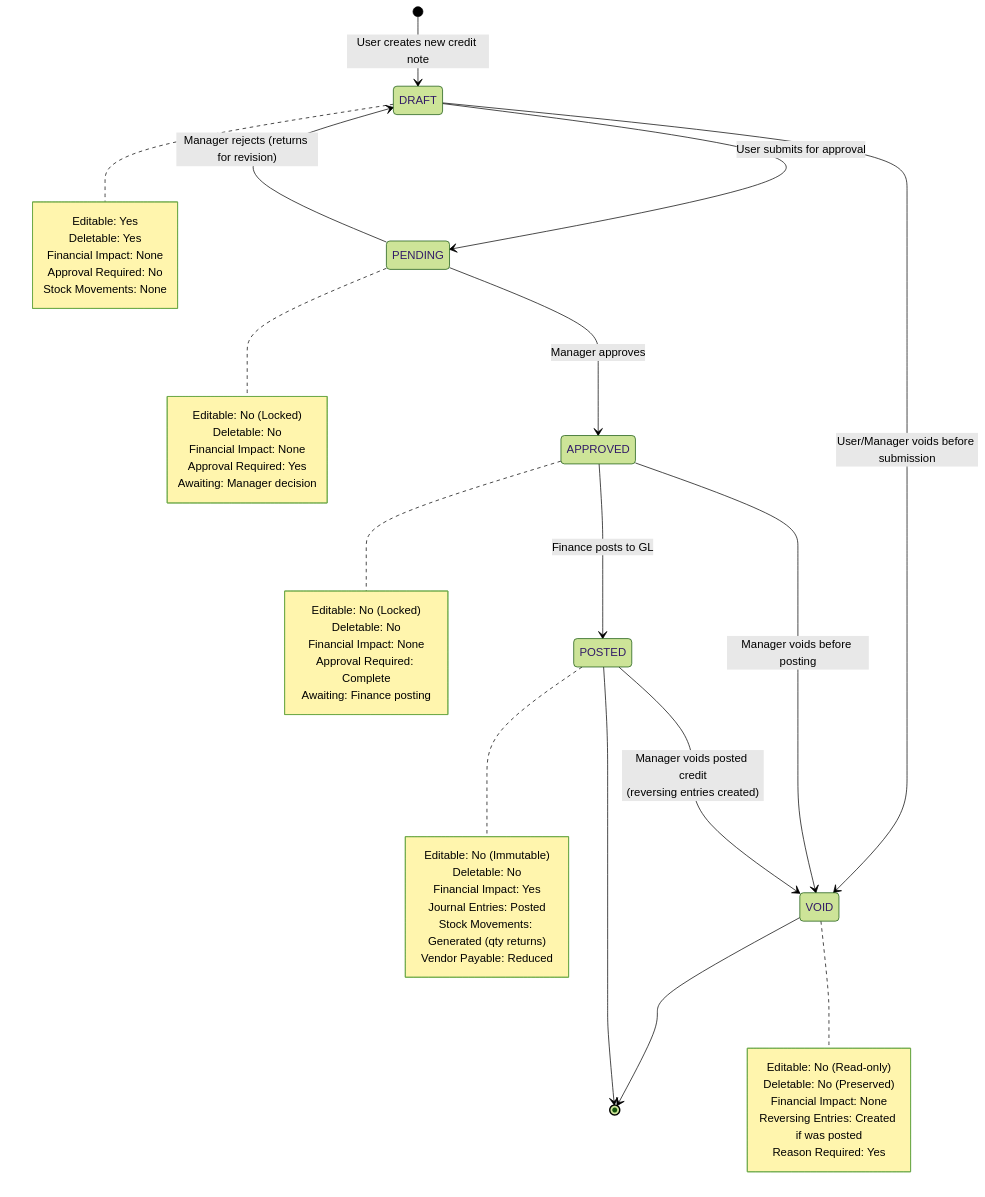
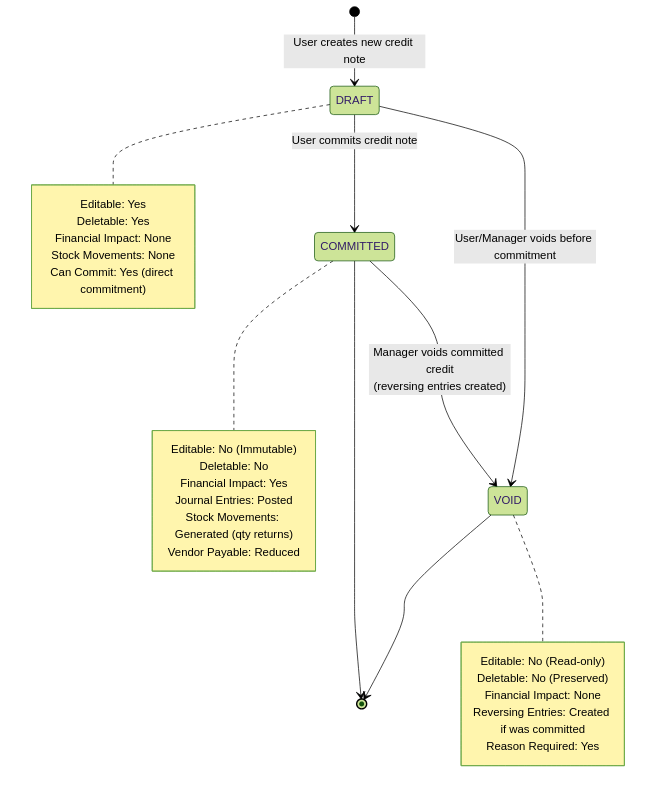
Before and after one commit to CarmenSoftware-organization/carmen: the third of 6 diagrams in docs/app/procurement/credit-note/FD-credit-note.md, drawn with Mermaid (forest theme). The commit also changed other lines of this file and 38 other files, not shown here.

````diff
--- a/docs/app/procurement/credit-note/FD-credit-note.md
+++ b/docs/app/procurement/credit-note/FD-credit-note.md
@@ -268,59 +267,37 @@
 ```mermaid
 stateDiagram-v2
     [*] --> DRAFT: User creates new credit note
 
-    DRAFT --> PENDING: User submits for approval
-    DRAFT --> VOID: User/Manager voids before submission
+    DRAFT --> COMMITTED: User commits credit note
+    DRAFT --> VOID: User/Manager voids before commitment
 
-    PENDING --> APPROVED: Manager approves
-    PENDING --> DRAFT: Manager rejects (returns for revision)
-
-    APPROVED --> POSTED: Finance posts to GL
-    APPROVED --> VOID: Manager voids before posting
-
-    POSTED --> VOID: Manager voids posted credit<br/>(reversing entries created)
+    COMMITTED --> VOID: Manager voids committed credit<br/>(reversing entries created)
 
     VOID --> [*]
-    POSTED --> [*]
+    COMMITTED --> [*]
 
     note right of DRAFT
         Editable: Yes
         Deletable: Yes
         Financial Impact: None
-        Approval Required: No
         Stock Movements: None
+        Can Commit: Yes (direct commitment)
     end note
 
-    note right of PENDING
-        Editable: No (Locked)
-        Deletable: No
-        Financial Impact: None
-        Approval Required: Yes
-        Awaiting: Manager decision
-    end note
-
-    note right of APPROVED
-        Editable: No (Locked)
-        Deletable: No
-        Financial Impact: None
-        Approval Required: Complete
-        Awaiting: Finance posting
-    end note
-
-    note right of POSTED
+    note right of COMMITTED
         Editable: No (Immutable)
         Deletable: No
         Financial Impact: Yes
         Journal Entries: Posted
         Stock Movements: Generated (qty returns)
         Vendor Payable: Reduced
     end note
 
     note right of VOID
         Editable: No (Read-only)
         Deletable: No (Preserved)
         Financial Impact: None
-        Reversing Entries: Created if was posted
+        Reversing Entries: Created if was committed
         Reason Required: Yes
     end note
 ```
````
